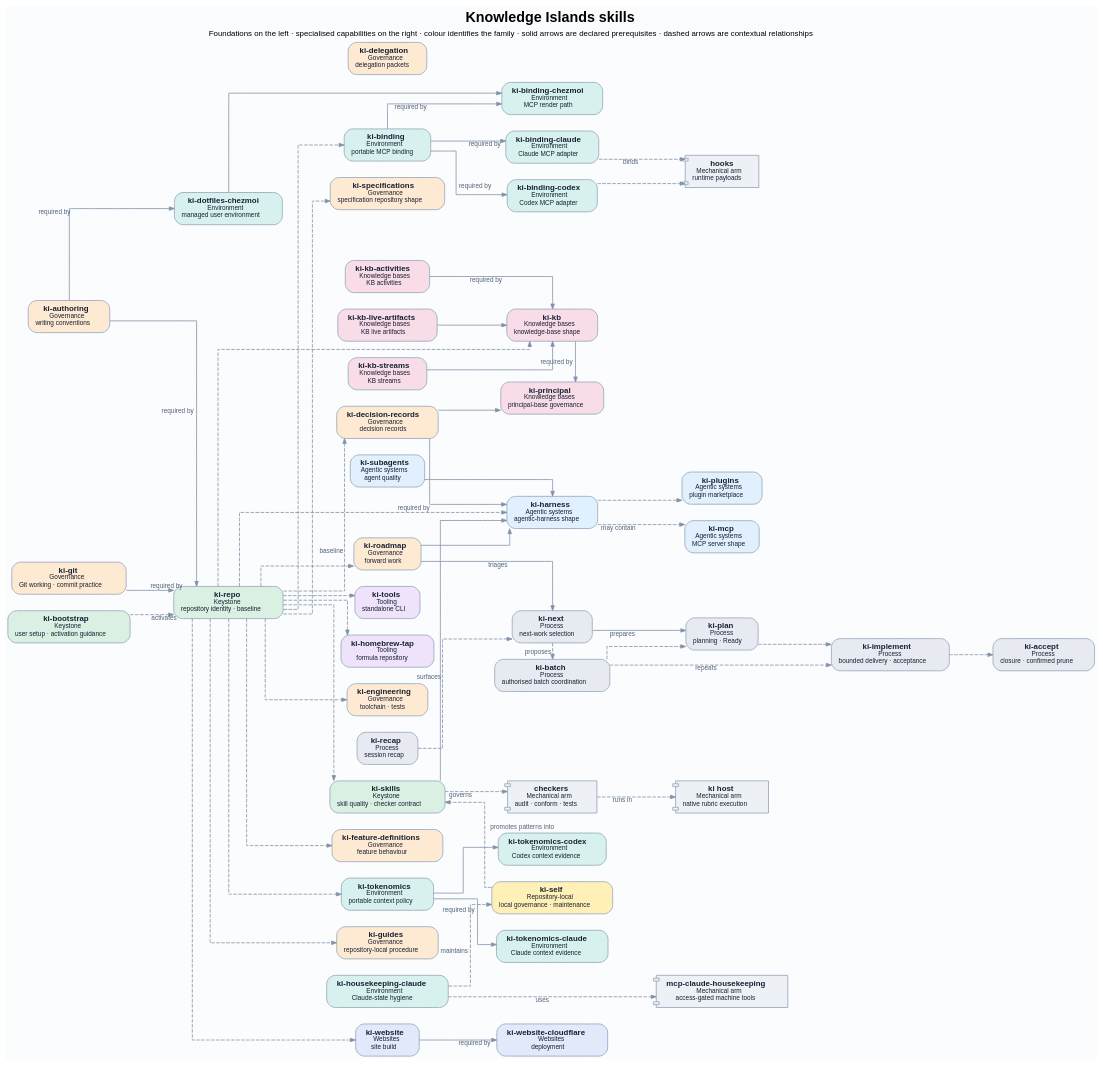
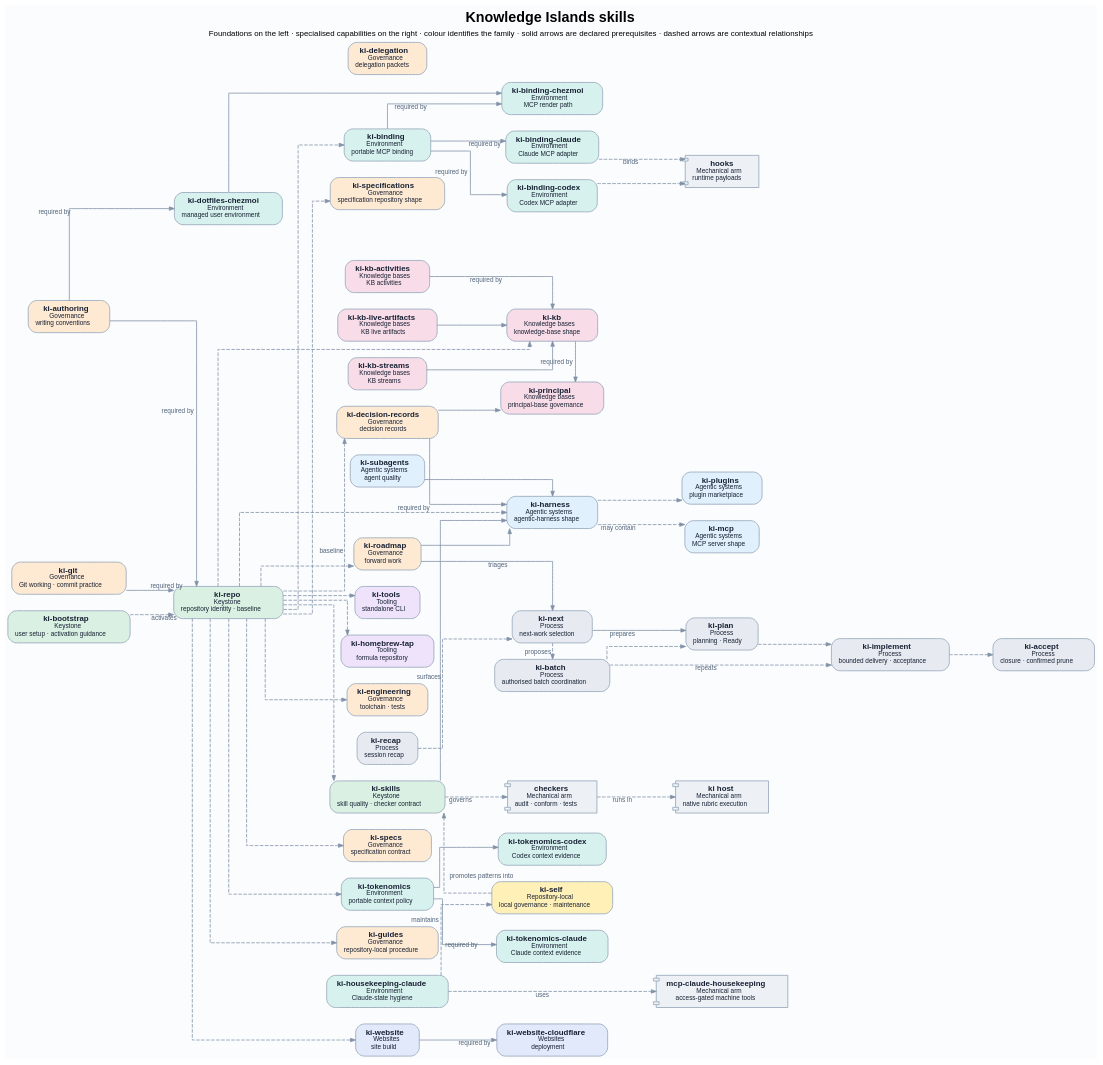
Before and after one commit to knowledgeislands/arcadia-skills: the diagram in docs/diagrams/skills-map.dot, drawn with Graphviz. The commit also changed 84 other files, not shown here.

Commit message:
feat(specs)!: replace feature definitions

```diff
--- a/docs/diagrams/skills-map.dot
+++ b/docs/diagrams/skills-map.dot
@@ -1,170 +1,170 @@
 // Canonical source for the harness skills map. DOT is authoritative; regenerate
 // skills-map.svg with: dot -Tsvg skills-map.dot -o skills-map.svg
 //
 // Flow is deliberately general-to-specialised, left-to-right. Colour and the
 // second line of each node identify the skill family; clusters would add a
 // competing spatial hierarchy and obscure the dependency flow.
 digraph skills_map {
   graph [
     bgcolor="#fbfcfe"
     fontname="Helvetica"
     fontsize=20
     label=<
       <b>Knowledge Islands skills</b><br/>
       <font point-size="11">Foundations on the left · specialised capabilities on the right · colour identifies the family · solid arrows are declared prerequisites · dashed arrows are contextual relationships</font>
     >
     labelloc=t
     margin=0.25
     nodesep=0.32
     rankdir=LR
     ranksep=0.85
     splines=ortho
   ]
 
   node [
     color="#9aaabd"
     fontcolor="#172033"
     fontname="Helvetica"
     fontsize=11
     margin="0.14,0.1"
     penwidth=1.2
     shape=box
     style="rounded,filled"
   ]
 
   edge [
     arrowsize=0.7
     color="#8192a8"
     fontcolor="#52647a"
     fontname="Helvetica"
     fontsize=9
     penwidth=1.1
   ]
 
   // Foundation and repository roots.
   bootstrap [fillcolor="#d9f0e2", label=< <b>ki-bootstrap</b><br/><font point-size="9">Keystone</font><br/><font point-size="9">user setup · activation guidance</font> >]
   repo [fillcolor="#d9f0e2", label=< <b>ki-repo</b><br/><font point-size="9">Keystone</font><br/><font point-size="9">repository identity · baseline</font> >]
 
   // General standards and shared shapes.
   authoring [fillcolor="#feead2", label=< <b>ki-authoring</b><br/><font point-size="9">Governance</font><br/><font point-size="9">writing conventions</font> >]
   decisions [fillcolor="#feead2", label=< <b>ki-decision-records</b><br/><font point-size="9">Governance</font><br/><font point-size="9">decision records</font> >]
   engineering [fillcolor="#feead2", label=< <b>ki-engineering</b><br/><font point-size="9">Governance</font><br/><font point-size="9">toolchain · tests</font> >]
-  features [fillcolor="#feead2", label=< <b>ki-feature-definitions</b><br/><font point-size="9">Governance</font><br/><font point-size="9">feature behaviour</font> >]
+  specs [fillcolor="#feead2", label=< <b>ki-specs</b><br/><font point-size="9">Governance</font><br/><font point-size="9">specification contract</font> >]
   git [fillcolor="#feead2", label=< <b>ki-git</b><br/><font point-size="9">Governance</font><br/><font point-size="9">Git working · commit practice</font> >]
   guides [fillcolor="#feead2", label=< <b>ki-guides</b><br/><font point-size="9">Governance</font><br/><font point-size="9">repository-local procedure</font> >]
   delegation [fillcolor="#feead2", label=< <b>ki-delegation</b><br/><font point-size="9">Governance</font><br/><font point-size="9">delegation packets</font> >]
   roadmap [fillcolor="#feead2", label=< <b>ki-roadmap</b><br/><font point-size="9">Governance</font><br/><font point-size="9">forward work</font> >]
   specifications [fillcolor="#feead2", label=< <b>ki-specifications</b><br/><font point-size="9">Governance</font><br/><font point-size="9">specification repository shape</font> >]
   skills [fillcolor="#d9f0e2", label=< <b>ki-skills</b><br/><font point-size="9">Keystone</font><br/><font point-size="9">skill quality · checker contract</font> >]
   harness [fillcolor="#e0f0fc", label=< <b>ki-harness</b><br/><font point-size="9">Agentic systems</font><br/><font point-size="9">agentic-harness shape</font> >]
   kb [fillcolor="#f8dce8", label=< <b>ki-kb</b><br/><font point-size="9">Knowledge bases</font><br/><font point-size="9">knowledge-base shape</font> >]
   principal [fillcolor="#f8dce8", label=< <b>ki-principal</b><br/><font point-size="9">Knowledge bases</font><br/><font point-size="9">principal-base governance</font> >]
   website [fillcolor="#e1e9fb", label=< <b>ki-website</b><br/><font point-size="9">Websites</font><br/><font point-size="9">site build</font> >]
   binding [fillcolor="#d7f2ee", label=< <b>ki-binding</b><br/><font point-size="9">Environment</font><br/><font point-size="9">portable MCP binding</font> >]
   tokenomics [fillcolor="#d7f2ee", label=< <b>ki-tokenomics</b><br/><font point-size="9">Environment</font><br/><font point-size="9">portable context policy</font> >]
   tools [fillcolor="#eee3fb", label=< <b>ki-tools</b><br/><font point-size="9">Tooling</font><br/><font point-size="9">standalone CLI</font> >]
   tap [fillcolor="#eee3fb", label=< <b>ki-homebrew-tap</b><br/><font point-size="9">Tooling</font><br/><font point-size="9">formula repository</font> >]
 
   // Specialisations, process capabilities, and runtime-facing skills.
   agents [fillcolor="#e0f0fc", label=< <b>ki-subagents</b><br/><font point-size="9">Agentic systems</font><br/><font point-size="9">agent quality</font> >]
   mcp [fillcolor="#e0f0fc", label=< <b>ki-mcp</b><br/><font point-size="9">Agentic systems</font><br/><font point-size="9">MCP server shape</font> >]
   plugins [fillcolor="#e0f0fc", label=< <b>ki-plugins</b><br/><font point-size="9">Agentic systems</font><br/><font point-size="9">plugin marketplace</font> >]
   kb_activities [fillcolor="#f8dce8", label=< <b>ki-kb-activities</b><br/><font point-size="9">Knowledge bases</font><br/><font point-size="9">KB activities</font> >]
   kb_artifacts [fillcolor="#f8dce8", label=< <b>ki-kb-live-artifacts</b><br/><font point-size="9">Knowledge bases</font><br/><font point-size="9">KB live artifacts</font> >]
   kb_streams [fillcolor="#f8dce8", label=< <b>ki-kb-streams</b><br/><font point-size="9">Knowledge bases</font><br/><font point-size="9">KB streams</font> >]
   cloudflare [fillcolor="#e1e9fb", label=< <b>ki-website-cloudflare</b><br/><font point-size="9">Websites</font><br/><font point-size="9">deployment</font> >]
   binding_claude [fillcolor="#d7f2ee", label=< <b>ki-binding-claude</b><br/><font point-size="9">Environment</font><br/><font point-size="9">Claude MCP adapter</font> >]
   binding_codex [fillcolor="#d7f2ee", label=< <b>ki-binding-codex</b><br/><font point-size="9">Environment</font><br/><font point-size="9">Codex MCP adapter</font> >]
   binding_chezmoi [fillcolor="#d7f2ee", label=< <b>ki-binding-chezmoi</b><br/><font point-size="9">Environment</font><br/><font point-size="9">MCP render path</font> >]
   dotfiles [fillcolor="#d7f2ee", label=< <b>ki-dotfiles-chezmoi</b><br/><font point-size="9">Environment</font><br/><font point-size="9">managed user environment</font> >]
   housekeeping_claude [fillcolor="#d7f2ee", label=< <b>ki-housekeeping-claude</b><br/><font point-size="9">Environment</font><br/><font point-size="9">Claude-state hygiene</font> >]
   tokenomics_claude [fillcolor="#d7f2ee", label=< <b>ki-tokenomics-claude</b><br/><font point-size="9">Environment</font><br/><font point-size="9">Claude context evidence</font> >]
   tokenomics_codex [fillcolor="#d7f2ee", label=< <b>ki-tokenomics-codex</b><br/><font point-size="9">Environment</font><br/><font point-size="9">Codex context evidence</font> >]
   accept [fillcolor="#e7ebf1", label=< <b>ki-accept</b><br/><font point-size="9">Process</font><br/><font point-size="9">closure · confirmed prune</font> >]
   batch [fillcolor="#e7ebf1", label=< <b>ki-batch</b><br/><font point-size="9">Process</font><br/><font point-size="9">authorised batch coordination</font> >]
   implement [fillcolor="#e7ebf1", label=< <b>ki-implement</b><br/><font point-size="9">Process</font><br/><font point-size="9">bounded delivery · acceptance</font> >]
   next [fillcolor="#e7ebf1", label=< <b>ki-next</b><br/><font point-size="9">Process</font><br/><font point-size="9">next-work selection</font> >]
   plan [fillcolor="#e7ebf1", label=< <b>ki-plan</b><br/><font point-size="9">Process</font><br/><font point-size="9">planning · Ready</font> >]
   recap [fillcolor="#e7ebf1", label=< <b>ki-recap</b><br/><font point-size="9">Process</font><br/><font point-size="9">session recap</font> >]
   self [fillcolor="#fff0b8", label=< <b>ki-self</b><br/><font point-size="9">Repository-local</font><br/><font point-size="9">local governance · maintenance</font> >]
 
   // The runtime arms are deliberately visibly secondary: they are not skills.
   checkers [fillcolor="#edf1f5", label=< <b>checkers</b><br/><font point-size="9">Mechanical arm</font><br/><font point-size="9">audit · conform · tests</font> >, shape=component]
   native_host [fillcolor="#edf1f5", label=< <b>ki host</b><br/><font point-size="9">Mechanical arm</font><br/><font point-size="9">native rubric execution</font> >, shape=component]
   mcp_housekeeping [fillcolor="#edf1f5", label=< <b>mcp-claude-housekeeping</b><br/><font point-size="9">Mechanical arm</font><br/><font point-size="9">access-gated machine tools</font> >, shape=component]
   hooks [fillcolor="#edf1f5", label=< <b>hooks</b><br/><font point-size="9">Mechanical arm</font><br/><font point-size="9">runtime payloads</font> >, shape=component]
 
   // Left-to-right layers follow declared prerequisite order where an edge has
   // one. Contextual links may deliberately point across the flow.
   { rank=same; bootstrap; authoring; git }
   { rank=same; repo; dotfiles }
-  { rank=same; decisions; delegation; engineering; features; guides; roadmap; specifications; skills; agents; kb_activities; kb_artifacts; kb_streams; website; binding; tokenomics; tools; tap; housekeeping_claude; recap }
+  { rank=same; decisions; delegation; engineering; specs; guides; roadmap; specifications; skills; agents; kb_activities; kb_artifacts; kb_streams; website; binding; tokenomics; tools; tap; housekeeping_claude; recap }
   { rank=same; harness; kb; principal; cloudflare; binding_claude; binding_codex; binding_chezmoi; tokenomics_claude; tokenomics_codex; next; batch; self; checkers }
   { rank=same; mcp; plugins; plan; native_host; mcp_housekeeping; hooks }
   { rank=same; implement }
   { rank=same; accept }
 
   // Formal composition edges: a solid arrow points from the prerequisite to
   // the skill that declares it in `ki-depends-on:`. Dashed links below express
   // activation, coverage, workflow, or other contextual relationships.
   authoring -> repo [xlabel="required by"]
   git -> repo [xlabel="required by"]
   authoring -> dotfiles [xlabel="required by"]
   binding -> binding_claude [xlabel="required by"]
   binding -> binding_codex [xlabel="required by"]
   binding -> binding_chezmoi [xlabel="required by"]
   dotfiles -> binding_chezmoi
   tokenomics -> tokenomics_claude [xlabel="required by"]
   tokenomics -> tokenomics_codex
   website -> cloudflare [xlabel="required by"]
   kb_activities -> kb [xlabel="required by"]
   kb_artifacts -> kb
   kb_streams -> kb
   kb -> principal [xlabel="required by"]
   decisions -> principal
   decisions -> harness [xlabel="required by"]
   roadmap -> harness
   skills -> harness
   agents -> harness
 
   bootstrap -> repo [xlabel="activates", style=dashed]
 
   // Repository baseline: these skills establish a repository's shared contract.
   repo -> decisions [xlabel="baseline", style=dashed]
   repo -> engineering [style=dashed]
-  repo -> features [style=dashed]
+  repo -> specs [style=dashed]
   repo -> guides [style=dashed]
   repo -> roadmap [style=dashed]
   repo -> specifications [style=dashed]
   repo -> skills [style=dashed]
   repo -> harness [style=dashed]
   repo -> kb [style=dashed]
   repo -> website [style=dashed]
   repo -> binding [style=dashed]
   repo -> tokenomics [style=dashed]
   repo -> tools [style=dashed]
   repo -> tap [style=dashed]
 
   // Shape and capability specialisation.
   harness -> mcp [xlabel="may contain", style=dashed]
   harness -> plugins [style=dashed]
 
   // Process and local-governance relationships.
   roadmap -> next [xlabel="triages"]
   next -> plan [xlabel="prepares"]
   recap -> next [xlabel="surfaces", style=dashed]
   next -> batch [xlabel="proposes", style=dashed]
   batch -> plan [style=dashed]
   plan -> implement [style=dashed]
   batch -> implement [xlabel="repeats", style=dashed]
   implement -> accept [style=dashed]
   self -> skills [xlabel="promotes patterns into", style=dashed]
   housekeeping_claude -> self [xlabel="maintains", style=dashed]
 
   // Hosted runtime relationships.
   skills -> checkers [xlabel="governs", style=dashed]
   checkers -> native_host [xlabel="runs in", style=dashed]
   housekeeping_claude -> mcp_housekeeping [xlabel="uses", style=dashed]
   binding_claude -> hooks [xlabel="binds", style=dashed]
   binding_codex -> hooks [style=dashed]
 }
```
